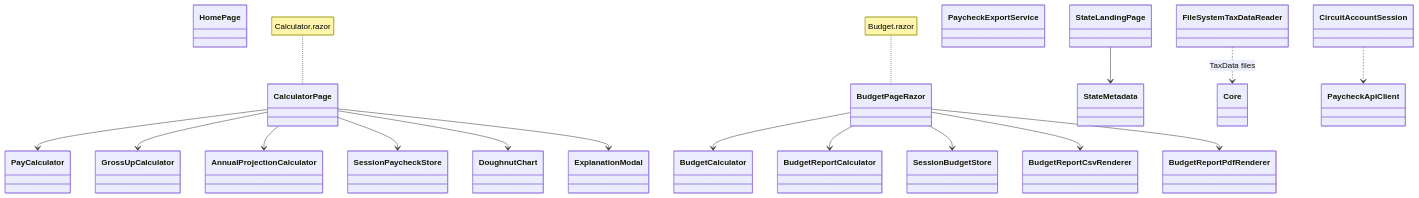
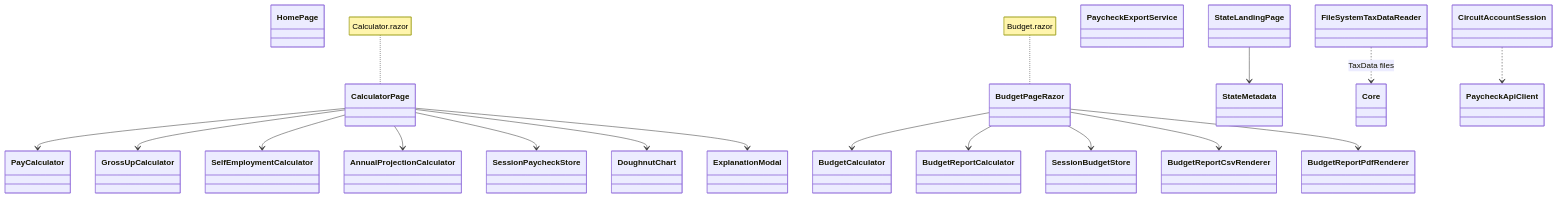
One commit to Fibonacci-0112/PaycheckCalculator changed the seventh of 9 diagrams in docs/class-diagram.md. Above: the diagram before and after it, drawn with Mermaid. The commit also changed other lines of this file and 18 other files, not shown here.

First line of the commit message:
Add self-employment / 1099 calculator with quarterly estimates

````diff
--- a/docs/class-diagram.md
+++ b/docs/class-diagram.md
@@ -384,37 +413,38 @@
 ```mermaid
 classDiagram
     direction TB
 
     class CalculatorPage
     class BudgetPageRazor
     class HomePage
     class StateLandingPage
     class DoughnutChart
     class ExplanationModal
     class SessionPaycheckStore
     class SessionBudgetStore
     class StateMetadata
     class FileSystemTaxDataReader
     class PaycheckExportService
     class BudgetReportCsvRenderer
     class BudgetReportPdfRenderer
     class CircuitAccountSession
 
     note for CalculatorPage "Calculator.razor"
     note for BudgetPageRazor "Budget.razor"
 
     CalculatorPage --> PayCalculator
     CalculatorPage --> GrossUpCalculator
+    CalculatorPage --> SelfEmploymentCalculator
     CalculatorPage --> AnnualProjectionCalculator
     CalculatorPage --> SessionPaycheckStore
     CalculatorPage --> DoughnutChart
     CalculatorPage --> ExplanationModal
     BudgetPageRazor --> BudgetCalculator
     BudgetPageRazor --> BudgetReportCalculator
     BudgetPageRazor --> SessionBudgetStore
     BudgetPageRazor --> BudgetReportCsvRenderer
     BudgetPageRazor --> BudgetReportPdfRenderer
     StateLandingPage --> StateMetadata
     FileSystemTaxDataReader ..> Core : TaxData files
     CircuitAccountSession ..> PaycheckApiClient
 ```
````
